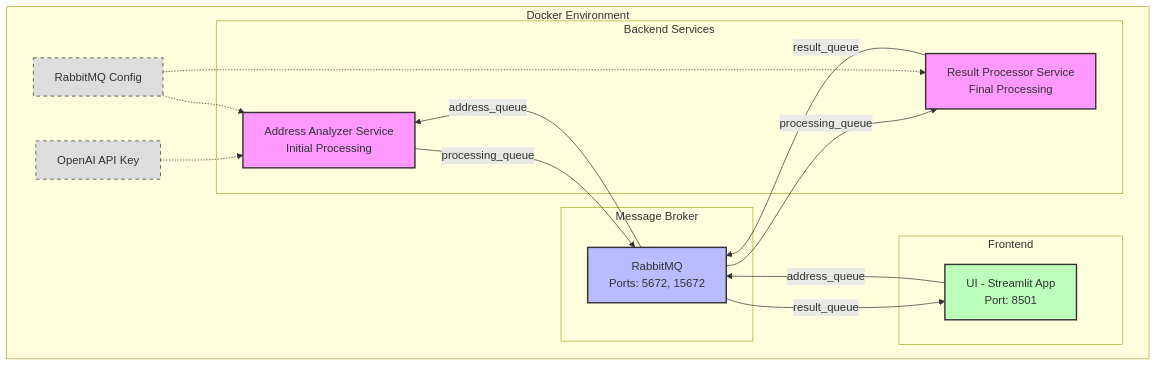
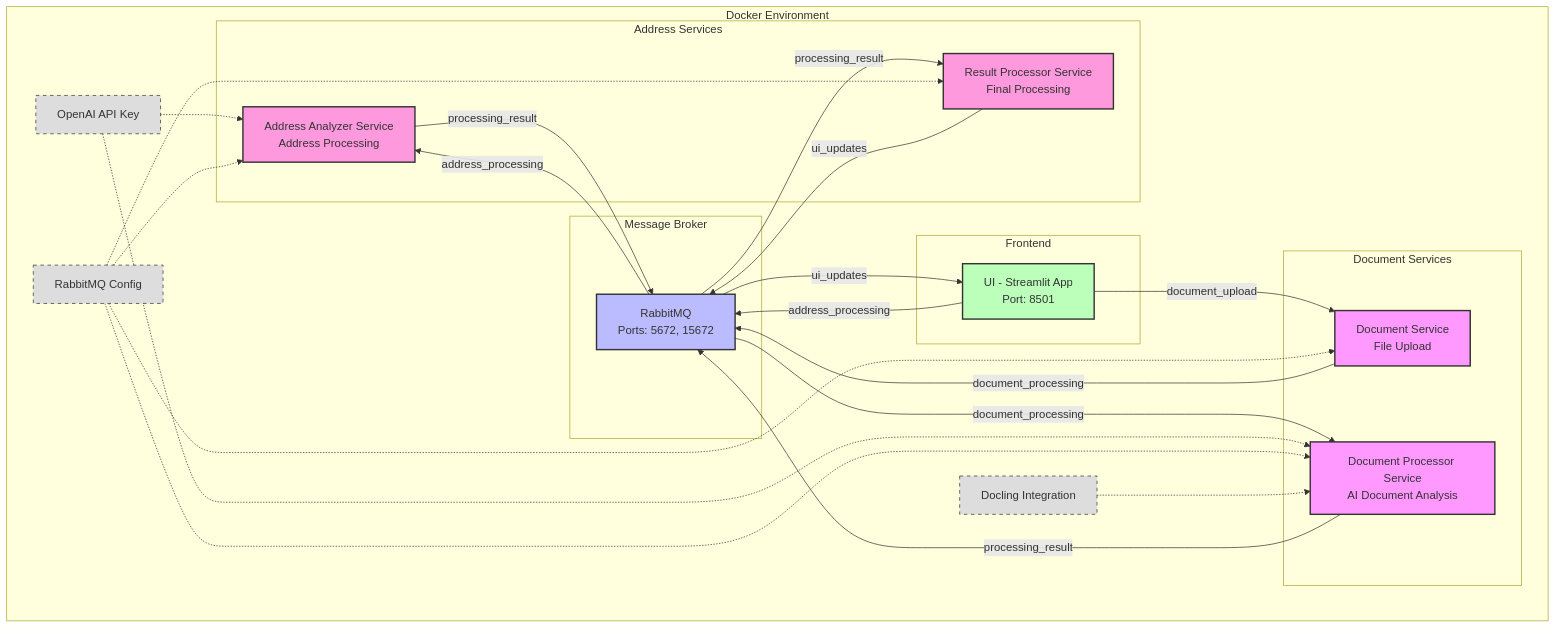
The diagram in doc/images/component-diagram.mermaid (dsenften/BiscuITs), drawn with Mermaid before and after one commit. The commit also changed 2 other files, not shown here.

Commit message:
docs: Aktualisiere Projektdokumentation und Diagramme
- Aktualisiere Abstract und erweitere Projektbeschreibung
- Überarbeite Komponenten- und Sequenzdiagramme für die neuen Services
- Ergänze Dokumentation für Document Service und Document Processor Service
- Aktualisiere Beschreibungen für alle Services mit korrekten Queue-Namen
- Füge KI-Integration mit Docling als neuen Abschnitt hinzu
- Erweitere Deployment-Beschreibung mit Entwicklungsumgebung

🤖 Generated with Claude Code

```diff
--- a/doc/images/component-diagram.mermaid
+++ b/doc/images/component-diagram.mermaid
@@ -1,41 +1,59 @@
 graph TB
     subgraph Docker Environment
         subgraph Frontend
             UI[UI - Streamlit App<br/>Port: 8501]
         end
 
         subgraph Message Broker
             RMQ[RabbitMQ<br/>Ports: 5672, 15672]
         end
 
-        subgraph Backend Services
-            MS1[Address Analyzer Service<br/>Initial Processing]
-            MS2[Result Processor Service<br/>Final Processing]
+        subgraph Document Services
+            DS[Document Service<br/>File Upload]
+            DPS[Document Processor Service<br/>AI Document Analysis]
+        end
+
+        subgraph Address Services
+            AAS[Address Analyzer Service<br/>Address Processing]
+            RPS[Result Processor Service<br/>Final Processing]
         end
 
         %% Connections
-        UI -->|address_queue| RMQ
-        RMQ -->|result_queue| UI
-        RMQ -->|address_queue| MS1
-        MS1 -->|processing_queue| RMQ
-        RMQ -->|processing_queue| MS2
-        MS2 -->|result_queue| RMQ
+        UI -->|address_processing| RMQ
+        UI -->|document_upload| DS
+        RMQ -->|ui_updates| UI
+        
+        RMQ -->|address_processing| AAS
+        AAS -->|processing_result| RMQ
+        RMQ -->|processing_result| RPS
+        RPS -->|ui_updates| RMQ
+        
+        DS -->|document_processing| RMQ
+        RMQ -->|document_processing| DPS
+        DPS -->|processing_result| RMQ
 
         %% Environment configurations
         ENV1[OpenAI API Key]
         ENV2[RabbitMQ Config]
-        ENV1 -.-> MS1
-        ENV2 -.-> MS1
-        ENV2 -.-> MS2
+        ENV3[Docling Integration]
+        ENV1 -.-> AAS
+        ENV1 -.-> DPS
+        ENV2 -.-> AAS
+        ENV2 -.-> RPS
+        ENV2 -.-> DS
+        ENV2 -.-> DPS
+        ENV3 -.-> DPS
     end
 
     %% Styling
-    classDef service fill:#f9f,stroke:#333,stroke-width:2px
+    classDef docService fill:#f9f,stroke:#333,stroke-width:2px
+    classDef addressService fill:#f9d,stroke:#333,stroke-width:2px
     classDef broker fill:#bbf,stroke:#333,stroke-width:2px
     classDef ui fill:#bfb,stroke:#333,stroke-width:2px
     classDef env fill:#ddd,stroke:#333,stroke-width:1px,stroke-dasharray: 5 5
 
-    class MS1,MS2 service
+    class DS,DPS docService
+    class AAS,RPS addressService
     class RMQ broker
     class UI ui
-    class ENV1,ENV2 env
+    class ENV1,ENV2,ENV3 env
```
